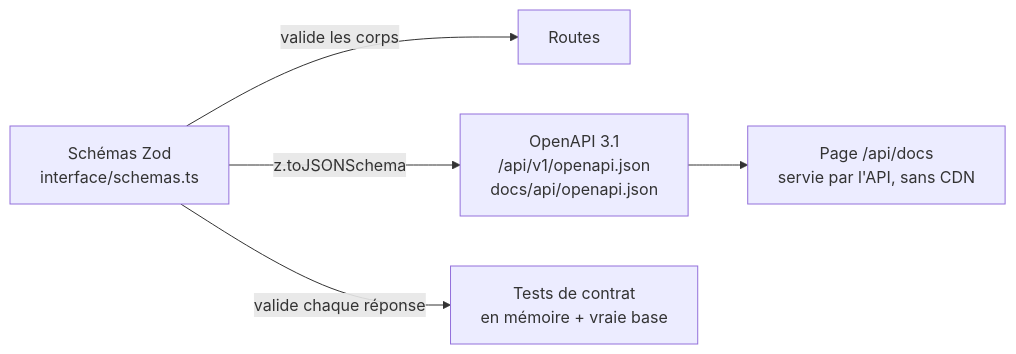
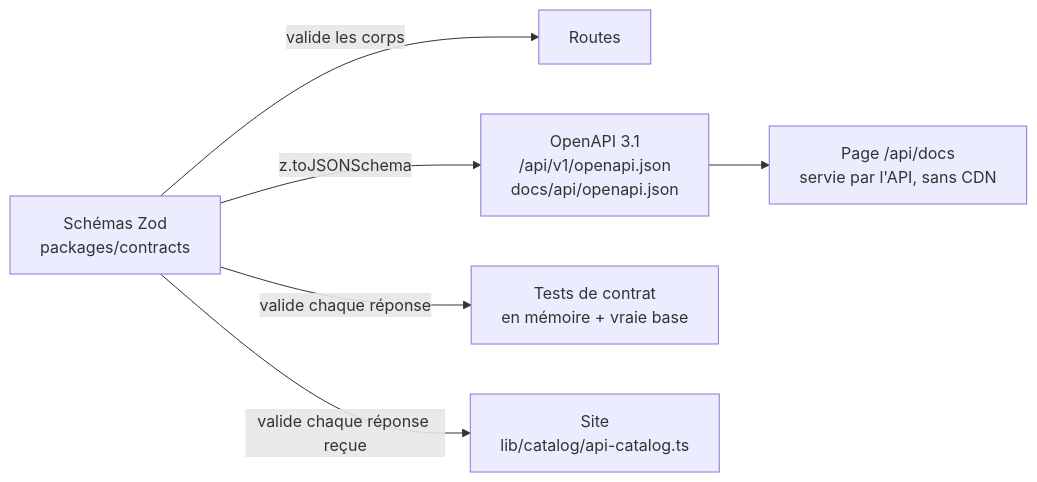
The seventh of 12 diagrams in docs/architecture/cahier-architecture.md (levy-kombila/kemdia), drawn with Mermaid before and after one commit. The commit also changed other lines of this file and 109 other files, not shown here.

First line of the commit message:
feat(web): S3-T05 le site lit le catalogue dans l'API

````diff
--- a/docs/architecture/cahier-architecture.md
+++ b/docs/architecture/cahier-architecture.md
@@ -335,7 +339,8 @@
 ```mermaid
 flowchart LR
-    z[Schémas Zod<br/>interface/schemas.ts] -->|valide les corps| r[Routes]
+    z[Schémas Zod<br/>packages/contracts] -->|valide les corps| r[Routes]
     z -->|z.toJSONSchema| o[OpenAPI 3.1<br/>/api/v1/openapi.json<br/>docs/api/openapi.json]
     z -->|valide chaque réponse| t[Tests de contrat<br/>en mémoire + vraie base]
     o --> ui[Page /api/docs<br/>servie par l'API, sans CDN]
+    z -->|valide chaque réponse reçue| site[Site<br/>lib/catalog/api-catalog.ts]
 ```
````
